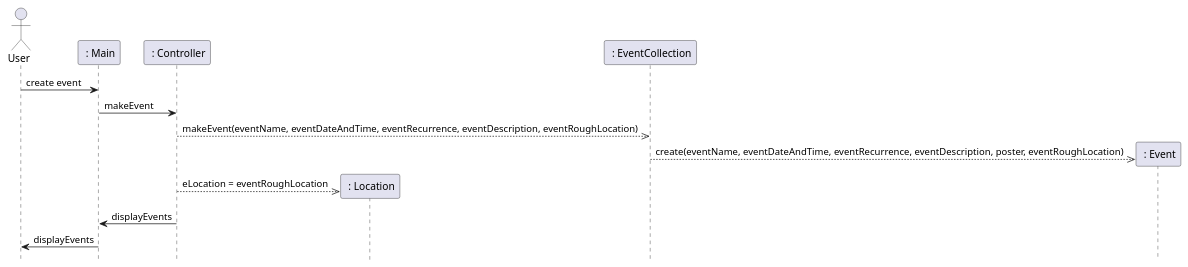
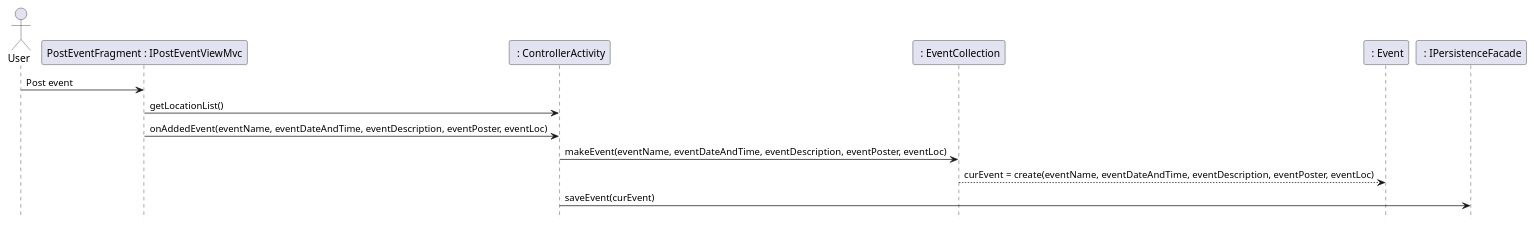
Before and after one commit to seamusgould/WhatsUpApp: the second of 4 diagrams in intellij/doc/design.md, drawn with PlantUML. The commit also changed other lines of this file, not shown here.

Commit message:
updated post event and view event sequence diagram

````diff
--- a/intellij/doc/design.md
+++ b/intellij/doc/design.md
@@ -55,24 +55,22 @@
 ```plantuml
 
 @startuml
 hide footbox
 actor User as user
-participant " : Main" as main
-participant " : Controller" as cont
-participant " : Location" as evloc
+participant "PostEventFragment : IPostEventViewMvc" as postFrag
+participant " : ControllerActivity" as cont
 participant " : EventCollection" as coll
 participant " : Event" as event
+participant " : IPersistenceFacade" as persFacade
 
 
-user -> main: create event
-main -> cont: makeEvent
-cont -->> coll: makeEvent(eventName, eventDateAndTime, eventRecurrence, eventDescription, eventRoughLocation)
-coll -->> event **: create(eventName, eventDateAndTime, eventRecurrence, eventDescription, poster, eventRoughLocation)
-cont -->> evloc **: eLocation = eventRoughLocation
+user -> postFrag: Post event
+postFrag -> cont: getLocationList()
+postFrag -> cont: onAddedEvent(eventName, eventDateAndTime, eventDescription, eventPoster, eventLoc)
+cont -> coll : makeEvent(eventName, eventDateAndTime, eventDescription, eventPoster, eventLoc)
+coll --> event : curEvent = create(eventName, eventDateAndTime, eventDescription, eventPoster, eventLoc)
+cont ->  persFacade : saveEvent(curEvent)
 
-cont -> main: displayEvents
-
-main -> user: displayEvents
 
 @enduml
 ```
````
